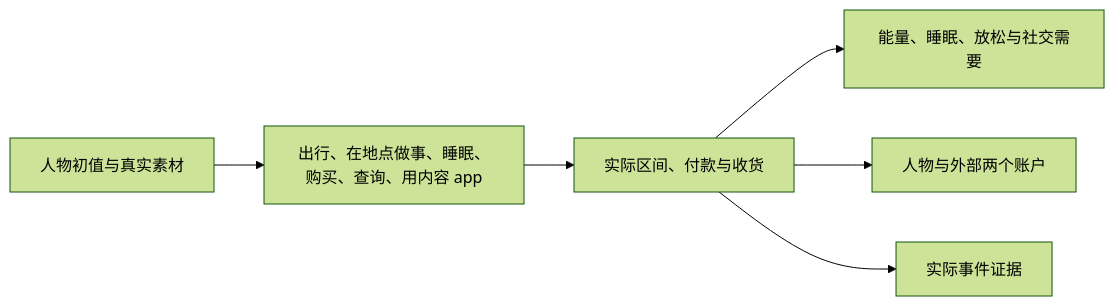
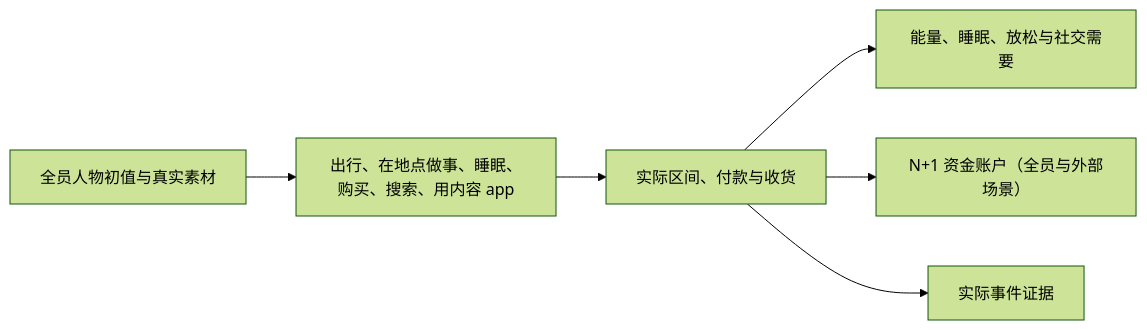
The diagram in docs/manual/rules.md (HoldThatThgt/WorldMock), drawn with Mermaid (forest theme) before and after one commit. The commit also changed other lines of this file and 19 other files, not shown here.

````diff
--- a/docs/manual/rules.md
+++ b/docs/manual/rules.md
@@ -6,8 +6,8 @@
 ```mermaid
 flowchart LR
-    Input[人物初值与真实素材] --> Actions[出行、在地点做事、睡眠、购买、查询、用内容 app]
-    Actions --> Settlement[实际区间、付款与收货]
-    Settlement --> Body[能量、睡眠、放松与社交需要]
-    Settlement --> Accounts[人物与外部两个账户]
-    Settlement --> Evidence[实际事件证据]
+    Input["全员人物初值与真实素材"] --> Actions["出行、在地点做事、睡眠、购买、搜索、用内容 app"]
+    Actions --> Settlement["实际区间、付款与收货"]
+    Settlement --> Body["能量、睡眠、放松与社交需要"]
+    Settlement --> Accounts["N+1 资金账户（全员与外部场景）"]
+    Settlement --> Evidence["实际事件证据"]
 ```
````
